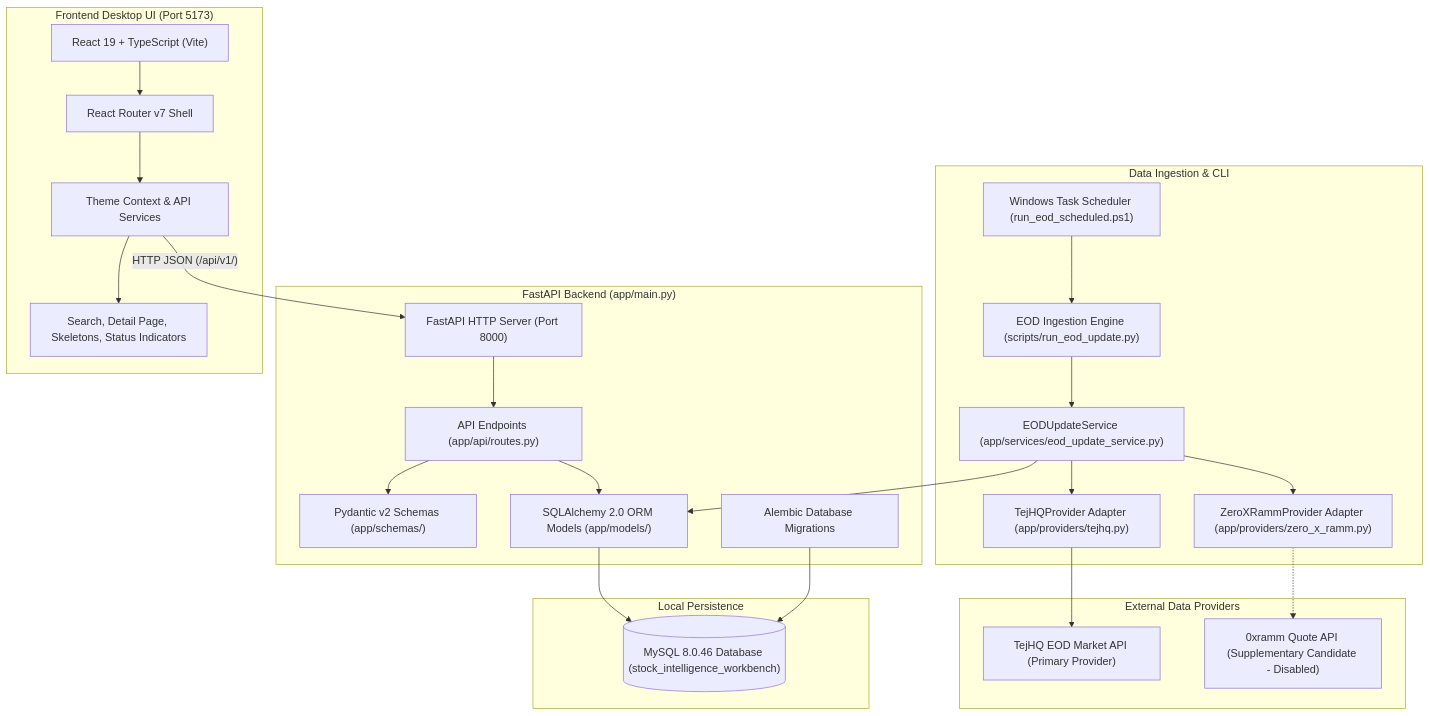
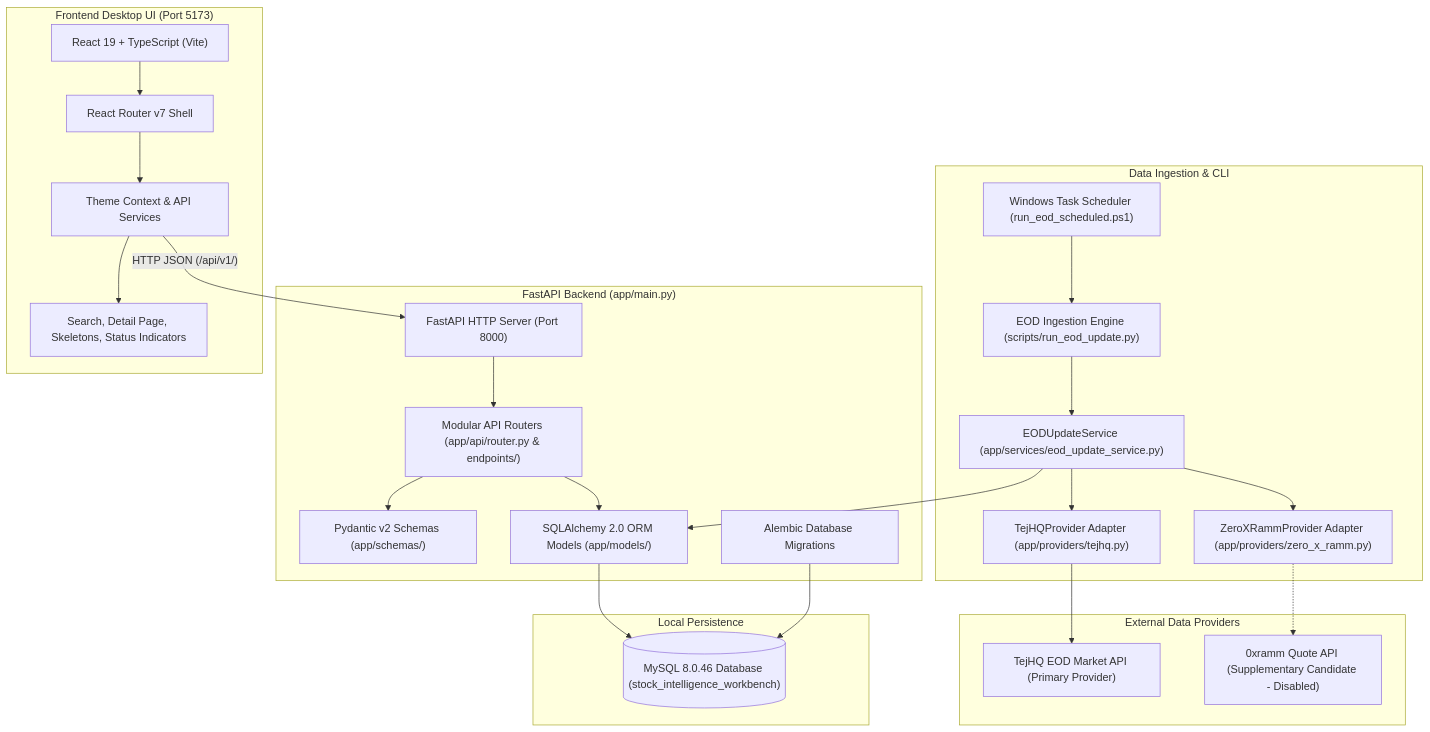
One commit to Mourya20/TickerWise changed the first of 2 diagrams in README.md. Above: the diagram before and after it, drawn with Mermaid. The commit also changed other lines of this file and 102 other files, not shown here.

Commit message:
Feat: Stage 2 completed successfully with enhanced architecture, built in tests

````diff
--- a/README.md
+++ b/README.md
@@ -78,56 +78,56 @@
 ```mermaid
 flowchart TD
     subgraph Data Sources ["External Data Providers"]
         TejHQ["TejHQ EOD Market API (Primary Provider)"]
         ZeroX["0xramm Quote API (Supplementary Candidate - Disabled)"]
     end
 
     subgraph Ingestion Layer ["Data Ingestion & CLI"]
         Scheduler["Windows Task Scheduler (run_eod_scheduled.ps1)"]
         UpdateScript["EOD Ingestion Engine (scripts/run_eod_update.py)"]
         EODService["EODUpdateService (app/services/eod_update_service.py)"]
         TejHQAdapter["TejHQProvider Adapter (app/providers/tejhq.py)"]
         ZeroXAdapter["ZeroXRammProvider Adapter (app/providers/zero_x_ramm.py)"]
     end
 
     subgraph Backend Layer ["FastAPI Backend (app/main.py)"]
         FastAPI["FastAPI HTTP Server (Port 8000)"]
-        Routes["API Endpoints (app/api/routes.py)"]
+        Routes["Modular API Routers (app/api/router.py & endpoints/)"]
         Schemas["Pydantic v2 Schemas (app/schemas/)"]
         ORM["SQLAlchemy 2.0 ORM Models (app/models/)"]
         Alembic["Alembic Database Migrations"]
     end
 
     subgraph Database Layer ["Local Persistence"]
         MySQL[("MySQL 8.0.46 Database (stock_intelligence_workbench)")]
     end
 
     subgraph Frontend Layer ["Frontend Desktop UI (Port 5173)"]
         ViteApp["React 19 + TypeScript (Vite)"]
         Router["React Router v7 Shell"]
         State["Theme Context & API Services"]
         UI["Search, Detail Page, Skeletons, Status Indicators"]
     end
 
     %% Ingestion Connections
     Scheduler --> UpdateScript
     UpdateScript --> EODService
     EODService --> TejHQAdapter
     EODService --> ZeroXAdapter
     TejHQAdapter --> TejHQ
     ZeroXAdapter -.-> ZeroX
     EODService --> ORM
 
     %% Backend Connections
     ORM --> MySQL
     Alembic --> MySQL
     FastAPI --> Routes
     Routes --> Schemas
     Routes --> ORM
 
     %% Frontend Connections
     ViteApp --> Router
     Router --> State
     State --> UI
     State -- "HTTP JSON (/api/v1/)" --> FastAPI
 ```
````
